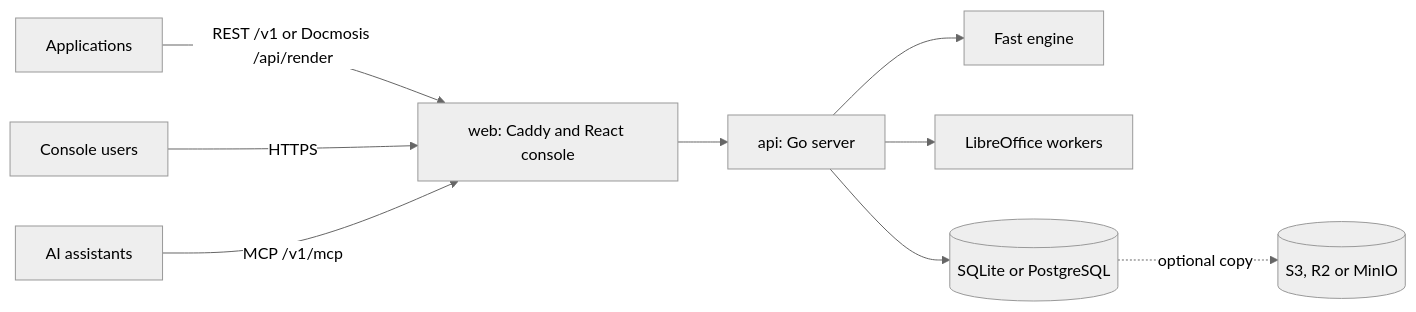
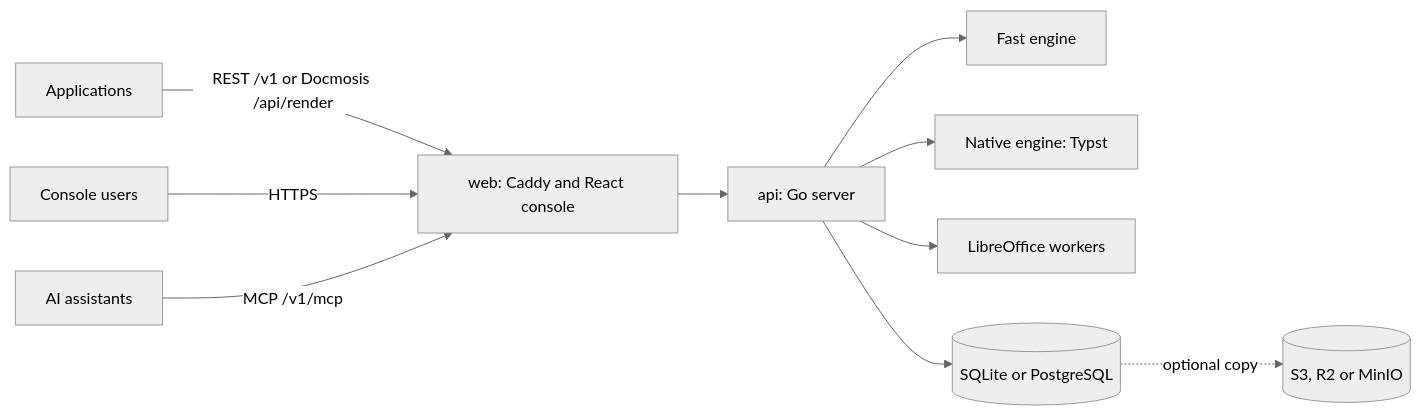
One commit to drslid/docibis changed the diagram in README.md. Above: the diagram before and after it, drawn with Mermaid (neutral theme). The commit also changed other lines of this file and 12 other files, not shown here.

First line of the commit message:
Helm chart, Trivy scan before each release, docs

````diff
--- a/README.md
+++ b/README.md
@@ -171,11 +183,12 @@
 ```mermaid
 flowchart LR
   App[Applications] -->|REST /v1 or Docmosis /api/render| Caddy
   Browser[Console users] -->|HTTPS| Caddy
   Assistant[AI assistants] -->|MCP /v1/mcp| Caddy
   Caddy[web: Caddy and React console] --> API[api: Go server]
   API --> Fast[Fast engine]
+  API --> Native[Native engine: Typst]
   API --> Workers[LibreOffice workers]
   API --> DB[(SQLite or PostgreSQL)]
   DB -.->|optional copy| S3[(S3, R2 or MinIO)]
 ```
````
